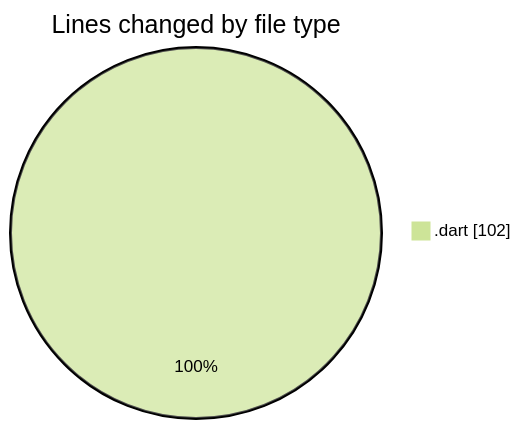
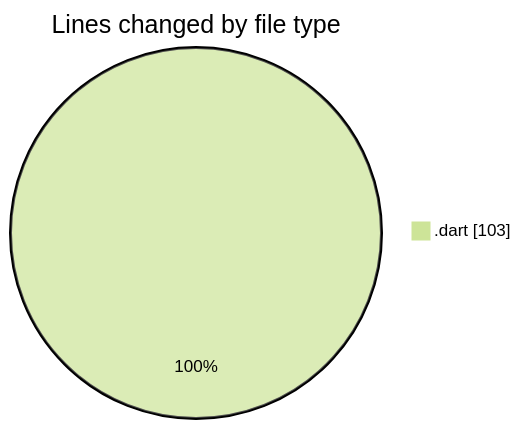
Before and after one commit to lephambinh05/code-tracking: the first of 2 diagrams in 2025-08-04/studybuddy/README.md, drawn with Mermaid (forest theme). The commit also changed other lines of this file and 1 other file, not shown here.

````diff
--- a/2025-08-04/studybuddy/README.md
+++ b/2025-08-04/studybuddy/README.md
@@ -22,5 +22,5 @@
 ```mermaid
 pie showData
 title Lines changed by file type
-".dart" : 102
+".dart" : 103
 ```
````
